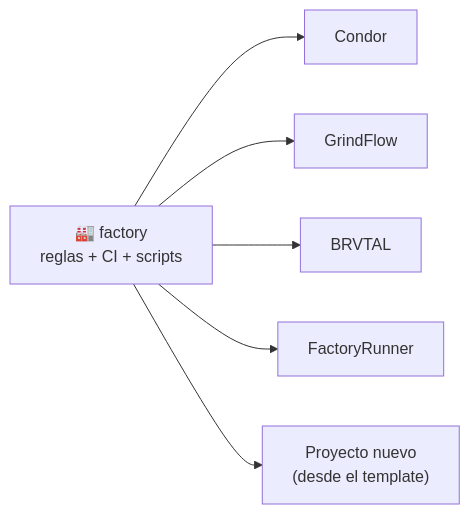
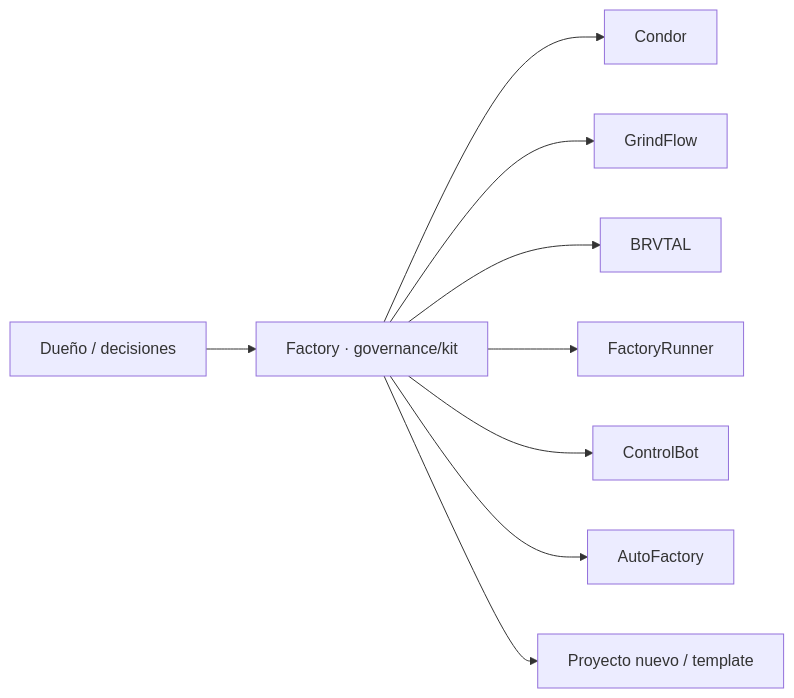
One commit to pl0n3r/Factory changed the diagram in README.md. Above: the diagram before and after it, drawn with Mermaid. The commit also changed other lines of this file, not shown here.

Commit message:
docs(readme): adopt Contract v1 in Factory

````diff
--- a/README.md
+++ b/README.md
@@ -26,8 +51,11 @@
 ```mermaid
 flowchart LR
-    F["🏭 factory<br/>reglas + CI + scripts"] --> C["Condor"]
+    O["Dueño / decisiones"] --> F["Factory · governance/kit"]
+    F --> C["Condor"]
     F --> G["GrindFlow"]
     F --> B["BRVTAL"]
     F --> R["FactoryRunner"]
-    F --> N["Proyecto nuevo<br/>(desde el template)"]
+    F --> CB["ControlBot"]
+    F --> AF["AutoFactory"]
+    F --> N["Proyecto nuevo / template"]
 ```
````
